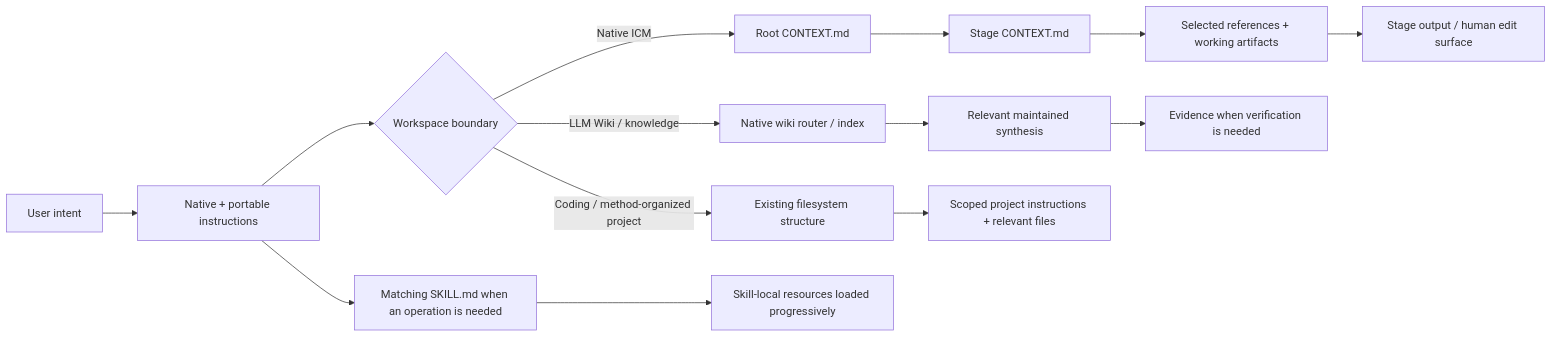
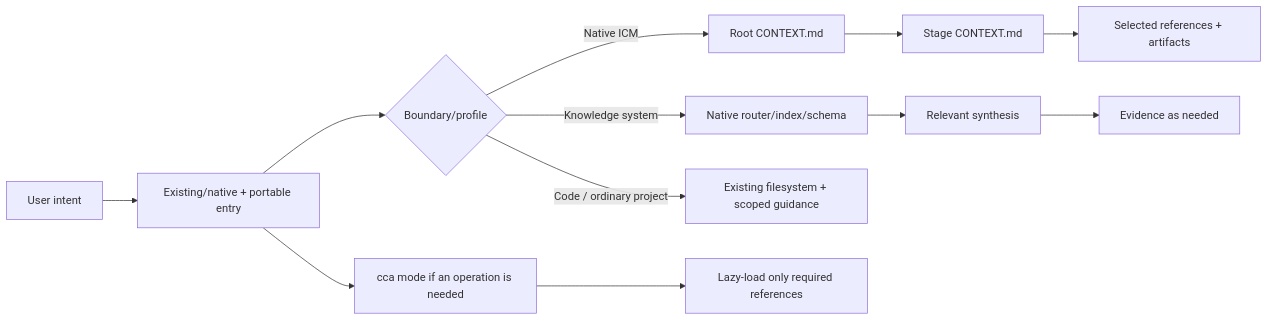
Before and after one commit to yonasuriv/CCA: the second of 2 diagrams in README.md, drawn with Mermaid. The commit also changed other lines of this file, not shown here.

Commit message:
docs: rewrite README around unified CCA architecture

````diff
--- a/README.md
+++ b/README.md
@@ -188,20 +238,18 @@
 ```mermaid
 flowchart LR
-    U["User intent"] --> N["Native + portable instructions"]
-    N --> P{"Workspace boundary"}
+    U["User intent"] --> E["Existing/native + portable entry"]
+    E --> B{"Boundary/profile"}
 
-    P -->|"Native ICM"| C["Root CONTEXT.md"]
-    C --> S["Stage CONTEXT.md"]
-    S --> X["Selected references + working artifacts"]
-    X --> O["Stage output / human edit surface"]
+    B -->|"Native ICM"| IC["Root CONTEXT.md"]
+    IC --> ST["Stage CONTEXT.md"]
+    ST --> SX["Selected references + artifacts"]
 
-    P -->|"LLM Wiki / knowledge"| I["Native wiki router / index"]
-    I --> W["Relevant maintained synthesis"]
-    W --> E["Evidence when verification is needed"]
+    B -->|"Knowledge system"| WI["Native router/index/schema"]
+    WI --> SYN["Relevant synthesis"]
+    SYN --> EV["Evidence as needed"]
 
-    P -->|"Coding / method-organized project"| R["Existing filesystem structure"]
-    R --> D["Scoped project instructions + relevant files"]
+    B -->|"Code / ordinary project"| FS["Existing filesystem + scoped guidance"]
 
-    N --> K["Matching SKILL.md when an operation is needed"]
-    K --> Q["Skill-local resources loaded progressively"]
+    E --> SK["cca mode if an operation is needed"]
+    SK --> LR["Lazy-load only required references"]
 ```
````
